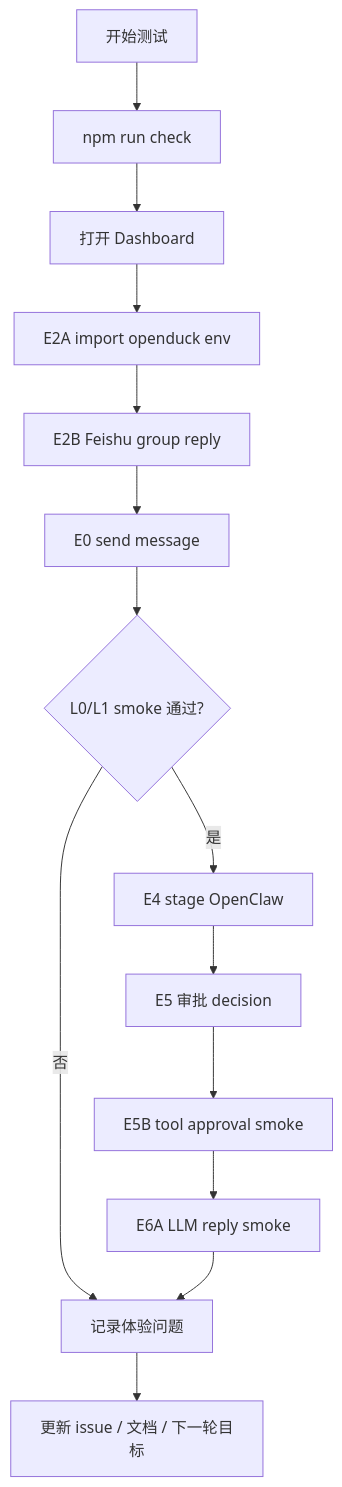
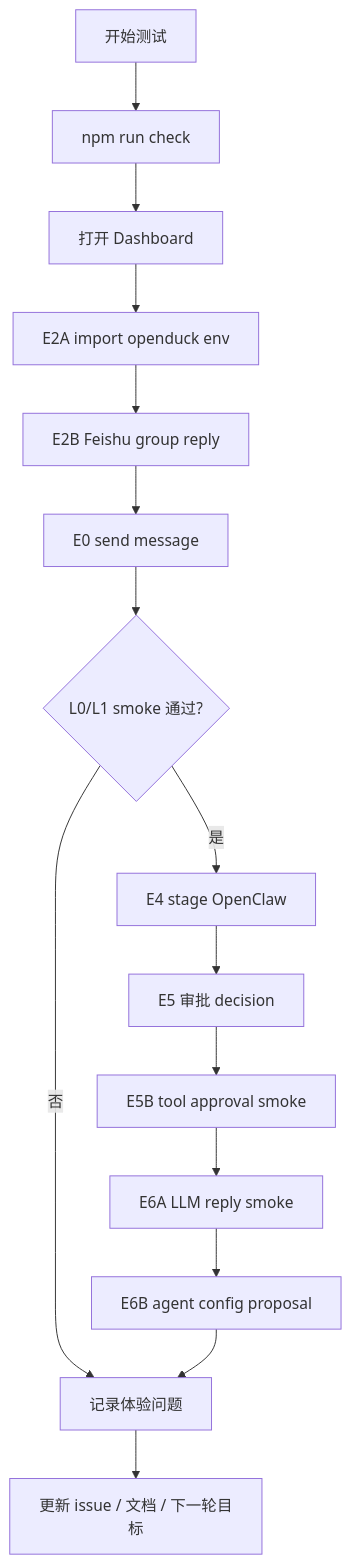
Before and after one commit to mayf3/myclaw: the second of 2 diagrams in docs/modules/human-testing-playbook.md, drawn with Mermaid. The commit also changed other lines of this file and 36 other files, not shown here.

Commit message:
feat: add agent config proposal smoke

````diff
--- a/docs/modules/human-testing-playbook.md
+++ b/docs/modules/human-testing-playbook.md
@@ -68,16 +69,17 @@
 ```mermaid
 flowchart TD
   Start[开始测试] --> Check[npm run check]
   Check --> Dashboard[打开 Dashboard]
   Dashboard --> Import[E2A import openduck env]
   Import --> FeishuBot[E2B Feishu group reply]
   FeishuBot --> Send[E0 send message]
   Send --> L0Gate{L0/L1 smoke 通过?}
   L0Gate -->|否| Record[记录阻塞证据]
   L0Gate -->|是| Stage[E4 stage OpenClaw]
   Stage --> Approval[E5 审批 decision]
   Approval --> ToolSmoke[E5B tool approval smoke]
   ToolSmoke --> Ask[E6A LLM reply smoke]
-  Ask --> Record[记录体验问题]
+  Ask --> ConfigProposal[E6B agent config proposal]
+  ConfigProposal --> Record[记录体验问题]
   Record --> Report[更新 issue / 文档 / 下一轮目标]
 ```
````
